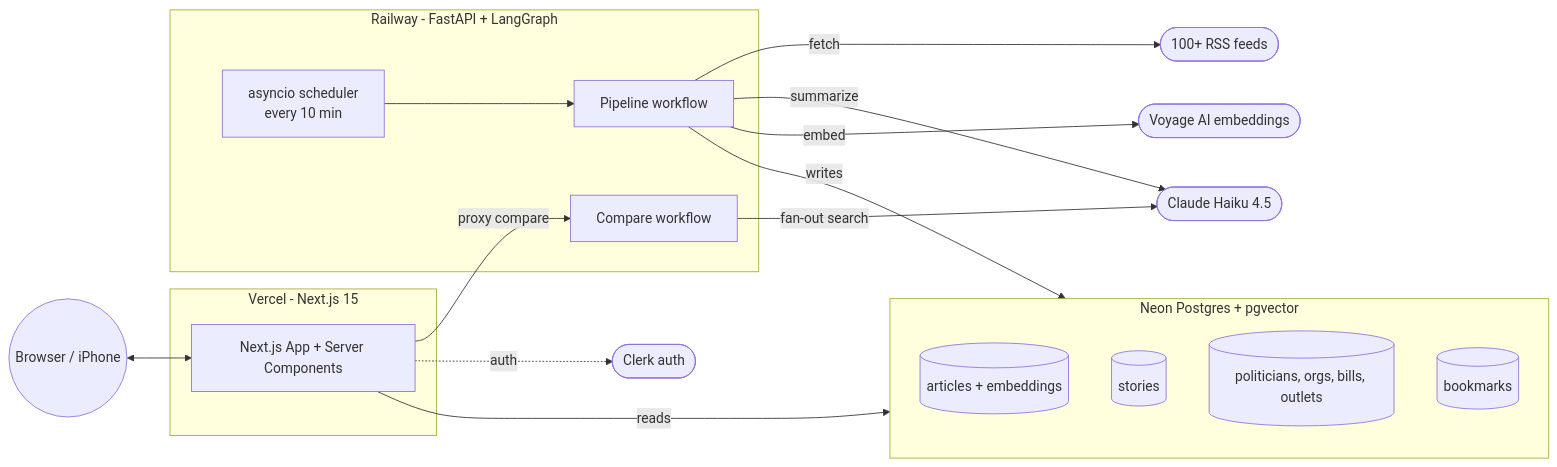
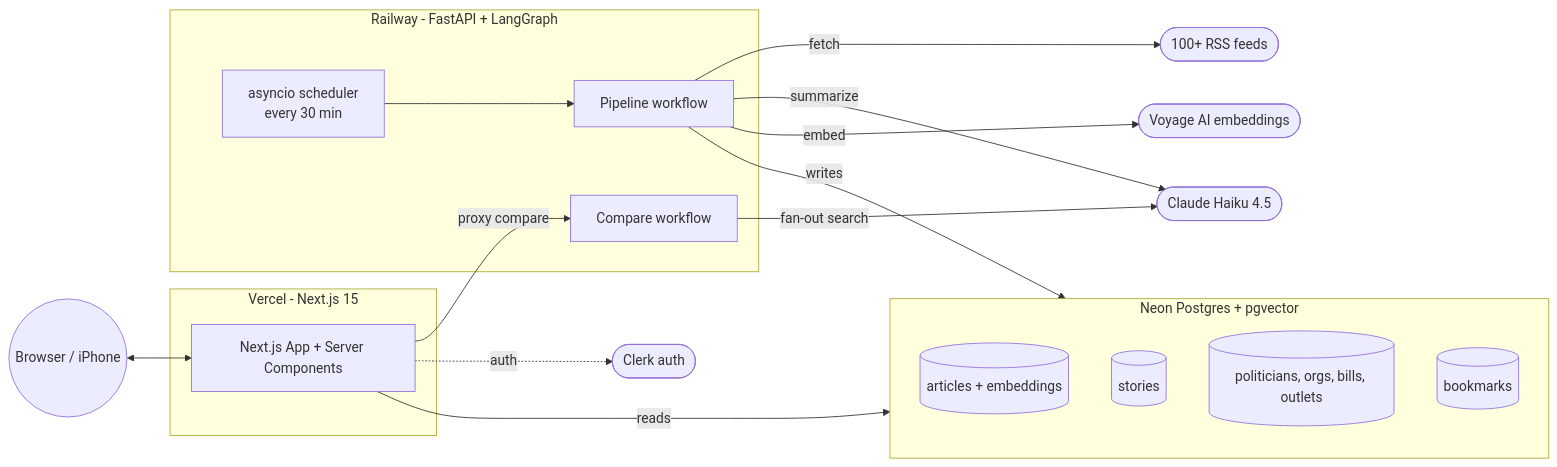
The diagram in docs/HOW_IT_WORKS.md (kristenmartino/sift), drawn with Mermaid before and after one commit. The commit also changed 9 other files, not shown here.

````diff
--- a/docs/HOW_IT_WORKS.md
+++ b/docs/HOW_IT_WORKS.md
@@ -16,37 +16,37 @@
 ```mermaid
 flowchart LR
   Browser((Browser / iPhone))
 
   subgraph Vercel[Vercel - Next.js 15]
     Next[Next.js App + Server Components]
   end
 
   subgraph Railway[Railway - FastAPI + LangGraph]
-    Sched["asyncio scheduler<br/>every 10 min"]
+    Sched["asyncio scheduler<br/>every 30 min"]
     PipeWF[Pipeline workflow]
     CmpWF[Compare workflow]
   end
 
   subgraph Neon[Neon Postgres + pgvector]
     Articles[(articles + embeddings)]
     Stories[(stories)]
     Dossiers[(politicians, orgs, bills, outlets)]
     Bookmarks[(bookmarks)]
   end
 
   Claude(["Claude Haiku 4.5"])
   Voyage(["Voyage AI embeddings"])
   RSS(["100+ RSS feeds"])
   Clerk(["Clerk auth"])
 
   Browser <--> Next
   Next -- reads --> Neon
   Next -- proxy compare --> CmpWF
   Sched --> PipeWF
   PipeWF -- fetch --> RSS
   PipeWF -- summarize --> Claude
   PipeWF -- embed --> Voyage
   PipeWF -- writes --> Neon
   CmpWF -- fan-out search --> Claude
   Next -. auth .-> Clerk
 ```
````
